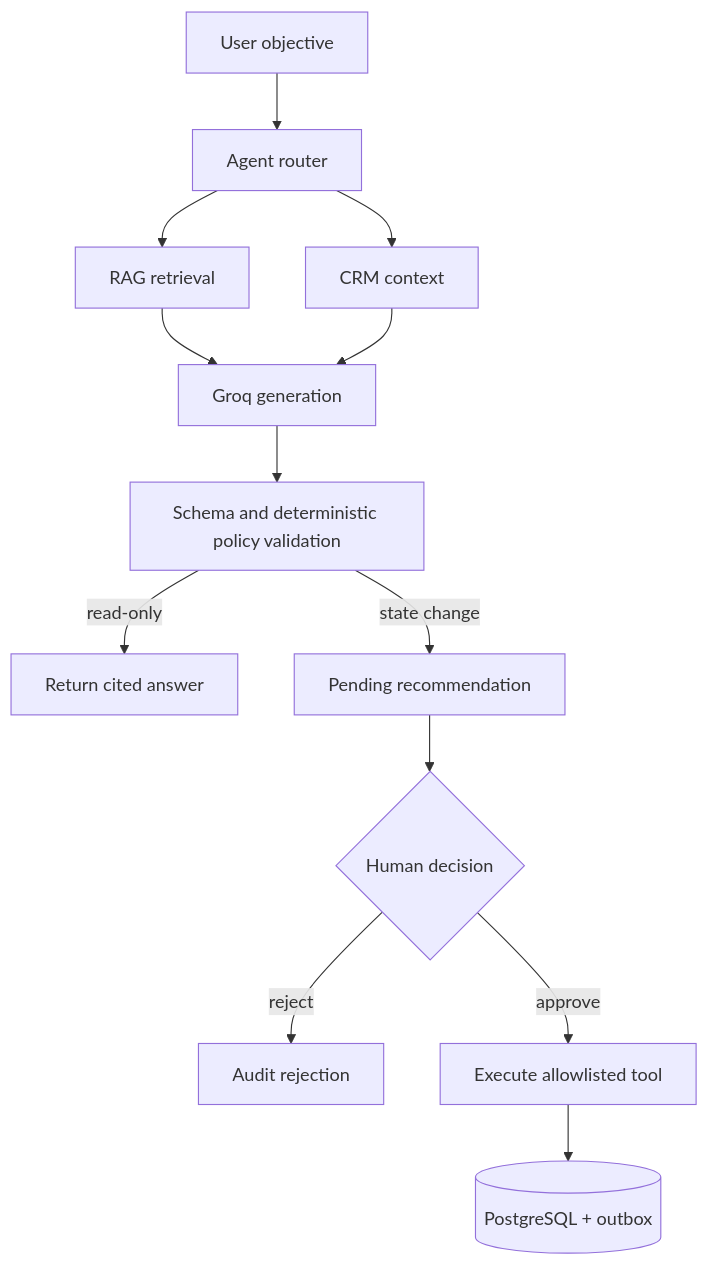
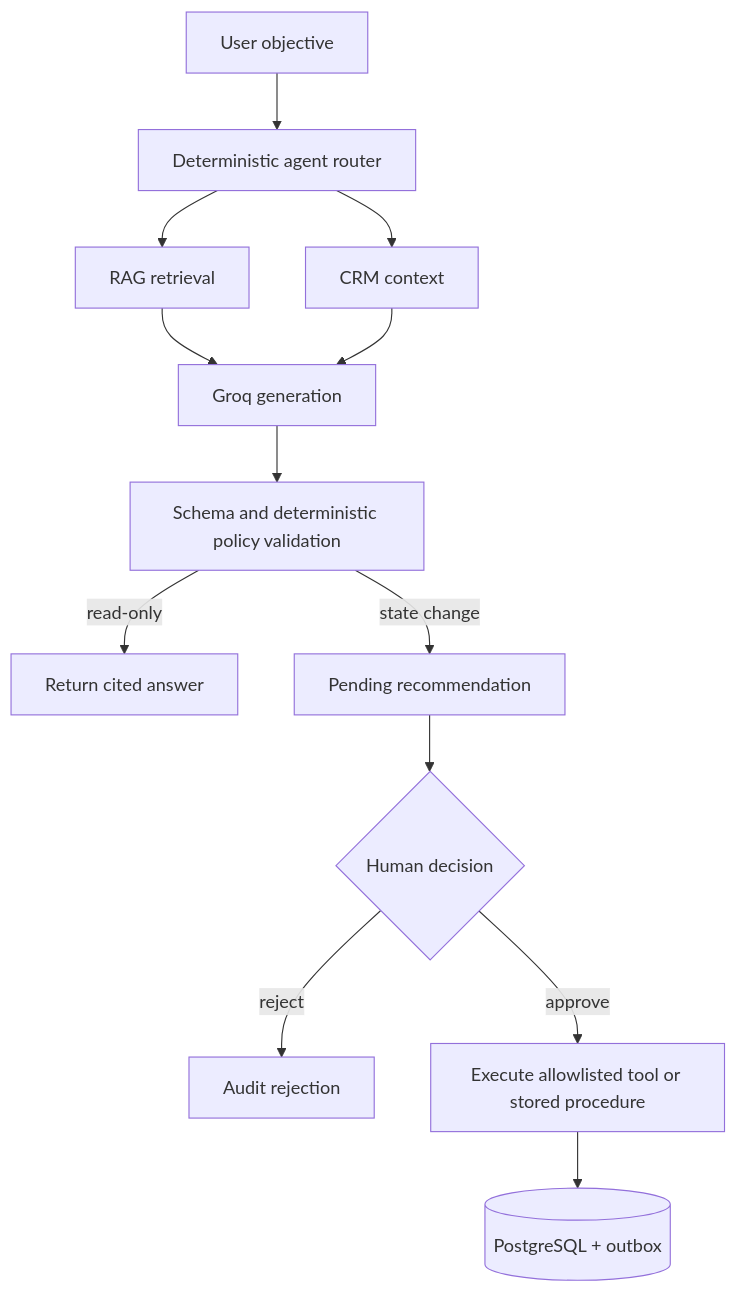
The second of 3 diagrams in docs/flows.md (HamzaAhmedKhan786/agentic-hybrid-crm), drawn with Mermaid before and after one commit. The commit also changed other lines of this file and 2 other files, not shown here.

````diff
--- a/docs/flows.md
+++ b/docs/flows.md
@@ -24,15 +43,15 @@
 ```mermaid
 flowchart TD
-  Q[User objective] --> R[Agent router]
+  Q["User objective"] --> R["Deterministic agent router"]
   R --> K[RAG retrieval]
   R --> C[CRM context]
   K --> L[Groq generation]
   C --> L
   L --> V[Schema and deterministic policy validation]
   V -->|read-only| O[Return cited answer]
   V -->|state change| P[Pending recommendation]
   P --> H{Human decision}
   H -->|reject| A[Audit rejection]
-  H -->|approve| X[Execute allowlisted tool]
+  H -->|approve| X[Execute allowlisted tool or stored procedure]
   X --> D[(PostgreSQL + outbox)]
 ```
````
